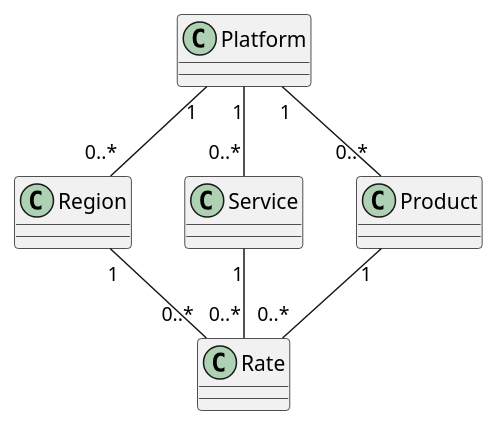
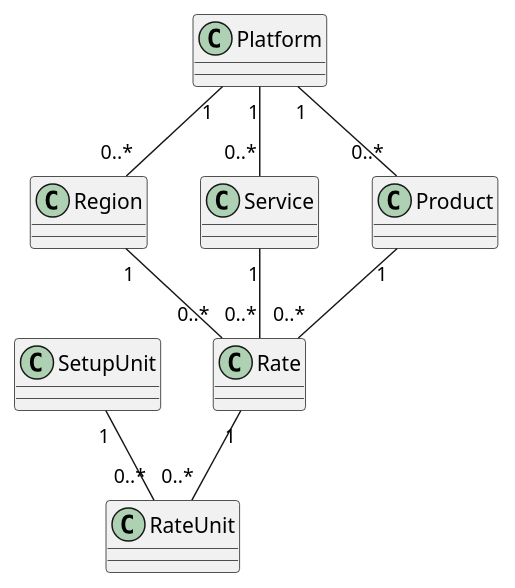
Before and after one commit to huybrechtsxyz/huybrechtsxyz: the diagram in src/website/Huybrechts.Core/Platform/_.plantuml, drawn with PlantUML. The commit also changed 12 other files, not shown here.

```diff
--- a/src/website/Huybrechts.Core/Platform/_.plantuml
+++ b/src/website/Huybrechts.Core/Platform/_.plantuml
@@ -1,28 +1,37 @@
 @startuml Platform CD
+
+class SetupUnit {
+}
 
 class Platform {
 }
 
 class Region {
 }
 
 Platform "1" -- "0..*" Region
 
 class Service {
 }
 
 Platform "1" -- "0..*" Service
 
 class Product {
 }
 
 Platform "1" -- "0..*" Product
 
 class Rate {
 }
 
 Product "1" -- "0..*" Rate
 Region "1" -- "0..*" Rate
 Service "1" -- "0..*" Rate
 
+class RateUnit {
+}
+
+Rate "1" -- "0..*" RateUnit
+SetupUnit "1" -- "0..*" RateUnit
+
 @enduml
```
